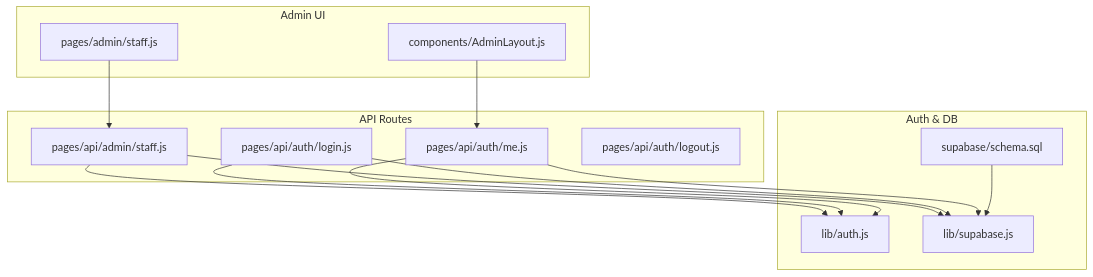
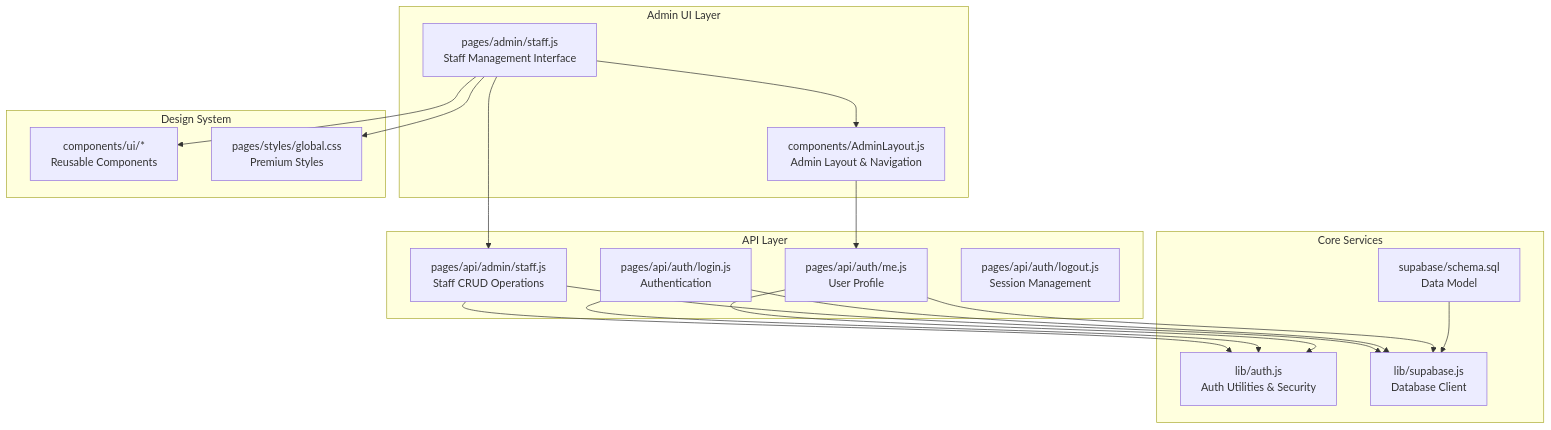
Before and after one commit to ObeyMuchechesi/TicketFlow: the first of 3 diagrams in .qoder/repowiki/en/content/Admin Dashboard/Staff Administration.md, drawn with Mermaid. The commit also changed other lines of this file and 12 other files, not shown here.

First line of the commit message:
docs: EcoCash schema columns and project documentation refresh

````diff
--- a/.qoder/repowiki/en/content/Admin Dashboard/Staff Administration.md
+++ b/.qoder/repowiki/en/content/Admin Dashboard/Staff Administration.md
@@ -48,27 +56,34 @@
 ```mermaid
 graph TB
-subgraph "Admin UI"
-A["pages/admin/staff.js"]
-L["components/AdminLayout.js"]
+subgraph "Admin UI Layer"
+A["pages/admin/staff.js<br/>Staff Management Interface"]
+L["components/AdminLayout.js<br/>Admin Layout & Navigation"]
 end
-subgraph "API Routes"
-S["pages/api/admin/staff.js"]
-AL["pages/api/auth/login.js"]
-AM["pages/api/auth/me.js"]
-AO["pages/api/auth/logout.js"]
+subgraph "API Layer"
+S["pages/api/admin/staff.js<br/>Staff CRUD Operations"]
+AL["pages/api/auth/login.js<br/>Authentication"]
+AM["pages/api/auth/me.js<br/>User Profile"]
+AO["pages/api/auth/logout.js<br/>Session Management"]
 end
-subgraph "Auth & DB"
-AU["lib/auth.js"]
-SU["lib/supabase.js"]
-SC["supabase/schema.sql"]
+subgraph "Core Services"
+AU["lib/auth.js<br/>Auth Utilities & Security"]
+SU["lib/supabase.js<br/>Database Client"]
+SC["supabase/schema.sql<br/>Data Model"]
+end
+subgraph "Design System"
+UI["components/ui/*<br/>Reusable Components"]
+CSS["pages/styles/global.css<br/>Premium Styles"]
 end
 A --> S
-L --> AM
+A --> L
 S --> AU
 S --> SU
+L --> AM
 AL --> AU
 AL --> SU
 AM --> AU
 AM --> SU
 SC --> SU
+A --> UI
+A --> CSS
 ```
````
